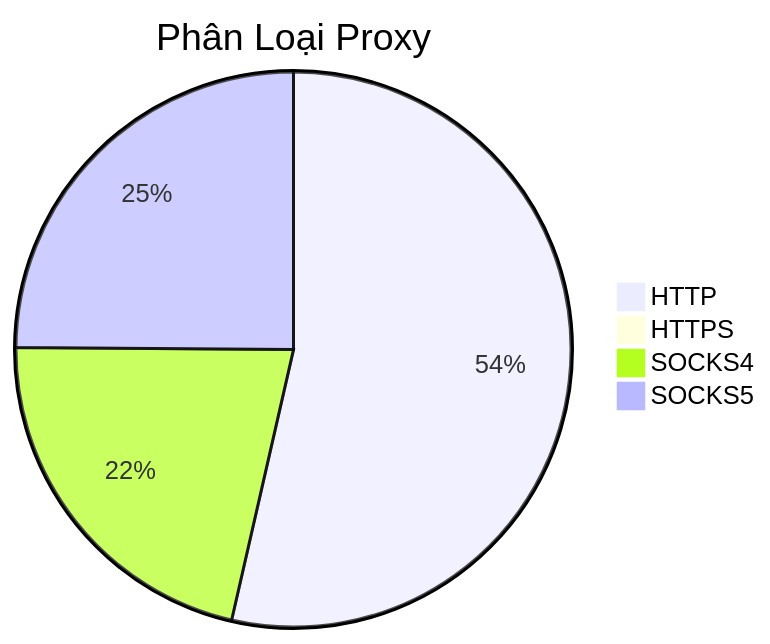
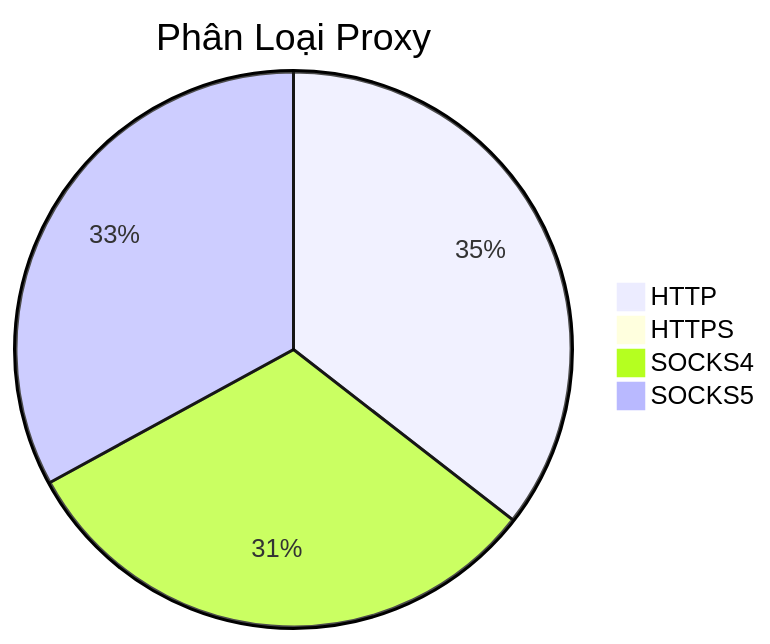
Before and after one commit to Ciara-12/PROXY-free: the diagram in README.md, drawn with Mermaid. The commit also changed other lines of this file and 4 other files, not shown here.

````diff
--- a/README.md
+++ b/README.md
@@ -26,7 +26,7 @@
 ```mermaid
 pie title Phân Loại Proxy
-    "HTTP" : 816
-    "HTTPS" : 1
-    "SOCKS4" : 328
-    "SOCKS5" : 379
+    "HTTP" : 375
+    "HTTPS" : 2
+    "SOCKS4" : 333
+    "SOCKS5" : 348
 ```
````
